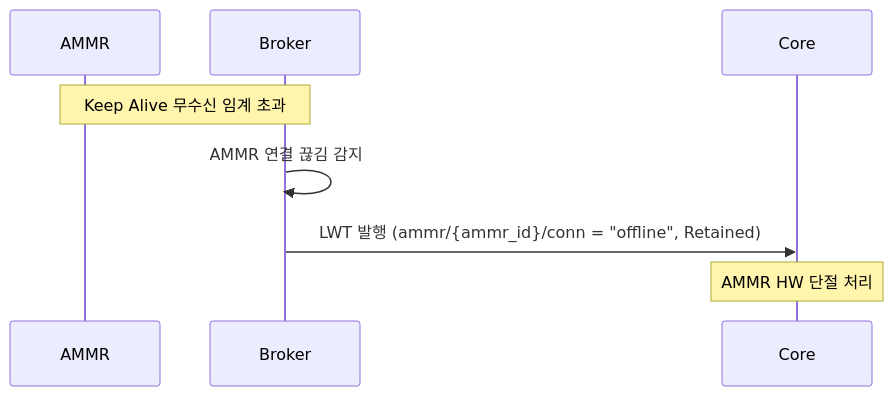
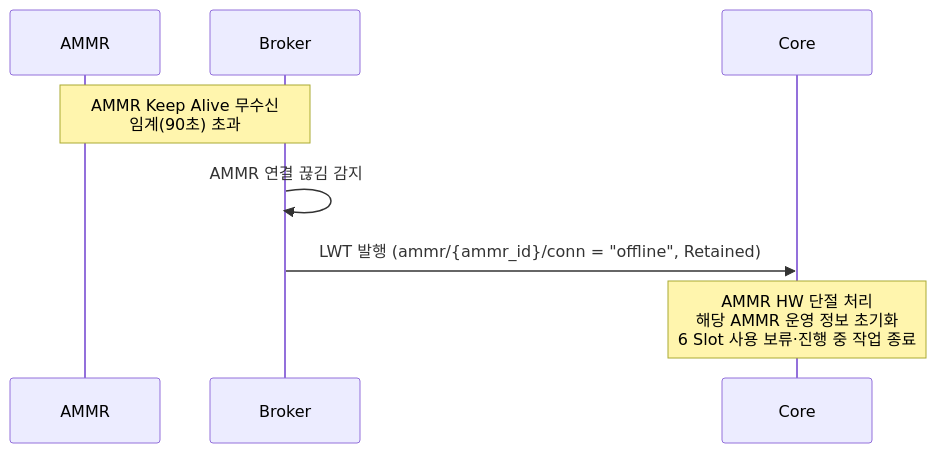
Before and after one commit to kimminsu0315/Core-Docs: the fourth of 13 diagrams in docs/out/Core_ICD_AMMR.md, drawn with Mermaid. The commit also changed other lines of this file and 10 other files, not shown here.

````diff
--- a/docs/out/Core_ICD_AMMR.md
+++ b/docs/out/Core_ICD_AMMR.md
@@ -280,11 +283,11 @@
 ```mermaid
 sequenceDiagram
     participant A as AMMR
     participant B as Broker
     participant C as Core
 
-    Note over A,B: Keep Alive 무수신 임계 초과
+    Note over A,B: AMMR Keep Alive 무수신<br/>임계(90초) 초과
     B->>B: AMMR 연결 끊김 감지
     B->>C: LWT 발행 (ammr/{ammr_id}/conn = "offline", Retained)
-    Note over C: AMMR HW 단절 처리
+    Note over C: AMMR HW 단절 처리<br/>해당 AMMR 운영 정보 초기화<br/>6 Slot 사용 보류·진행 중 작업 종료
 ```
````
